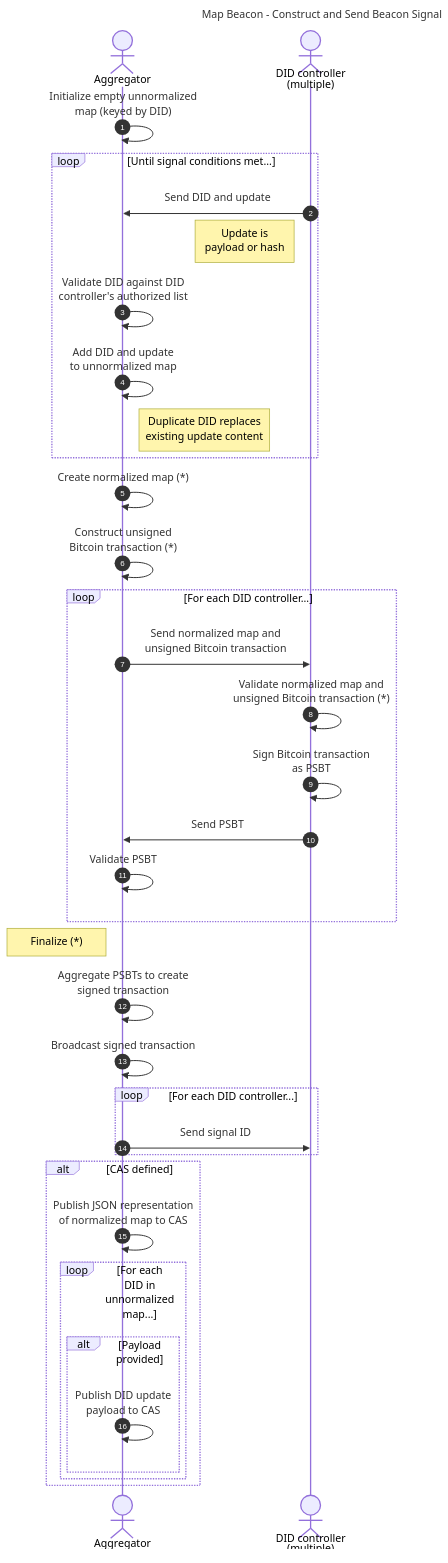
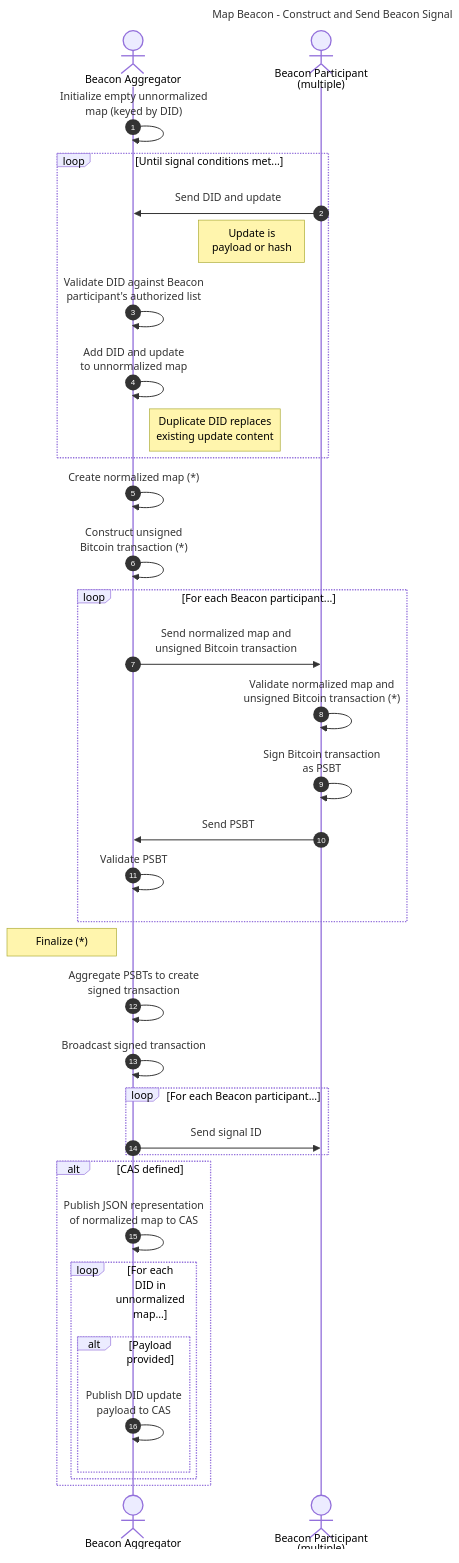
The second of 4 diagrams in chapters/Beacons.md (dcdpr/did-btc1), drawn with Mermaid before and after one commit. The commit also changed other lines of this file, not shown here.

````diff
--- a/chapters/Beacons.md
+++ b/chapters/Beacons.md
@@ -153,48 +157,48 @@
 ```mermaid
 sequenceDiagram
     autonumber
     title Map Beacon - Construct and Send Beacon Signal
 
-    actor A as Aggregator
-    actor C as DID controller<br/>(multiple)
+    actor A as Beacon Aggregator
+    actor R as Beacon Participant<br/>(multiple)
 
     A ->> A: Initialize empty unnormalized<br/>map (keyed by DID)
 
     loop Until signal conditions met...
-        C ->> A: Send DID and update
-        note left of C: Update is<br/>payload or hash
-        A ->> A: Validate DID against DID<br/>controller's authorized list
+        R ->> A: Send DID and update
+        note left of R: Update is<br/>payload or hash
+        A ->> A: Validate DID against Beacon<br/>participant's authorized list
         A ->> A: Add DID and update<br/>to unnormalized map
         note right of A: Duplicate DID replaces<br/>existing update content
     end
 
     A ->> A: Create normalized map (*)
     A ->> A: Construct unsigned<br/>Bitcoin transaction (*)
 
-    loop For each DID controller...
-        A ->> C: Send normalized map and<br/>unsigned Bitcoin transaction
-        C ->> C: Validate normalized map and<br/>unsigned Bitcoin transaction (*)
-        C ->> C: Sign Bitcoin transaction<br/>as PSBT
-        C ->> A: Send PSBT
+    loop For each Beacon participant...
+        A ->> R: Send normalized map and<br/>unsigned Bitcoin transaction
+        R ->> R: Validate normalized map and<br/>unsigned Bitcoin transaction (*)
+        R ->> R: Sign Bitcoin transaction<br/>as PSBT
+        R ->> A: Send PSBT
         A ->> A: Validate PSBT
     end
     
     note left of A: Finalize (*)
 
     A ->> A: Aggregate PSBTs to create<br/>signed transaction
     A ->> A: Broadcast signed transaction
 
-    loop For each DID controller...
-        A ->> C: Send signal ID
+    loop For each Beacon participant...
+        A ->> R: Send signal ID
     end
 
     alt CAS defined
         A ->> A: Publish JSON representation<br/>of normalized map to CAS
 
         loop For each DID in unnormalized map...
             alt Payload provided
                 A ->> A: Publish DID update<br/>payload to CAS
             end
         end
     end
 ```
````
